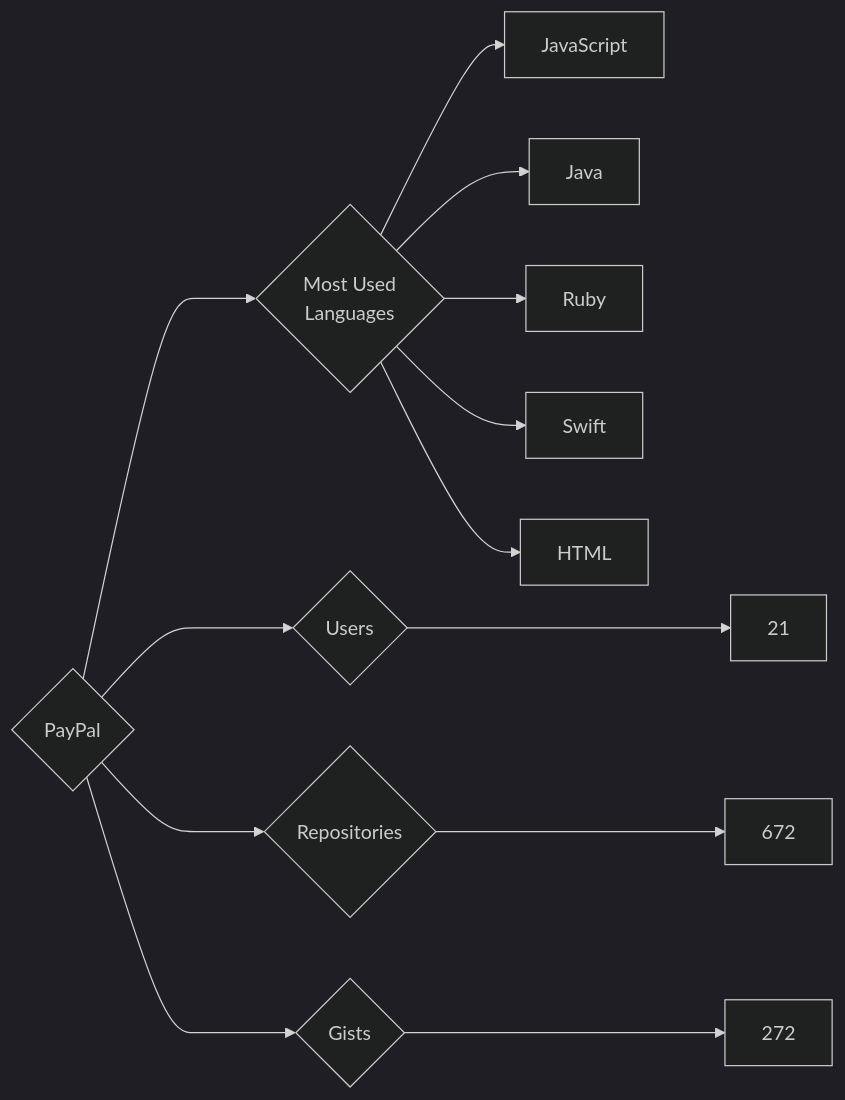
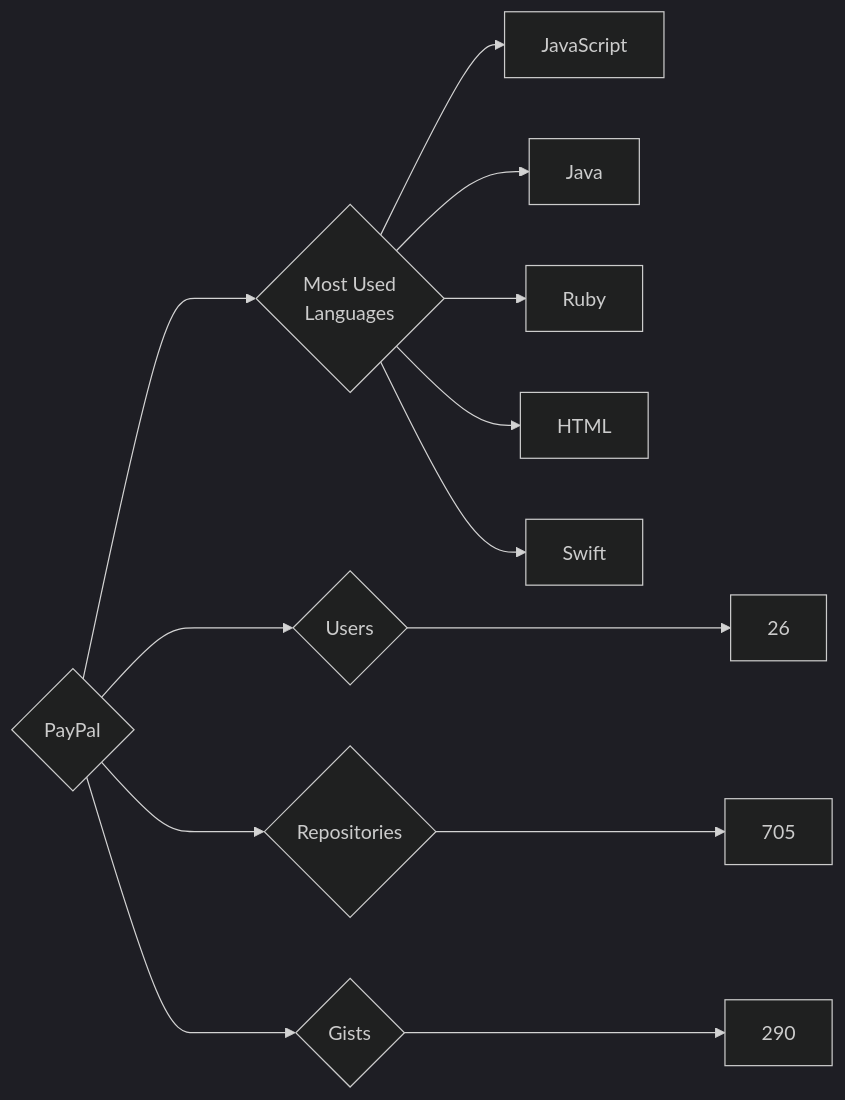
The diagram in targets/PayPal/README.md (trickest/insiders), drawn with Mermaid (dark theme) before and after one commit. The commit also changed 878 other files, not shown here.

````diff
--- a/targets/PayPal/README.md
+++ b/targets/PayPal/README.md
@@ -3,13 +3,13 @@
 ```mermaid
 graph LR
 COMPANY_NAME{PayPal}
-COMPANY_NAME ---> U{Users} ---> UN[21]
-COMPANY_NAME ---> R{Repositories} ---> RN[672]
-COMPANY_NAME ---> G{Gists} ---> GN[272]
+COMPANY_NAME ---> U{Users} ---> UN[26]
+COMPANY_NAME ---> R{Repositories} ---> RN[705]
+COMPANY_NAME ---> G{Gists} ---> GN[290]
 COMPANY_NAME ---> ML{Most Used<br>Languages}
 ML --> JavaScript[JavaScript]
 ML --> Java[Java]
 ML --> Ruby[Ruby]
+ML --> HTML[HTML]
 ML --> Swift[Swift]
-ML --> HTML[HTML]
 ```
````
